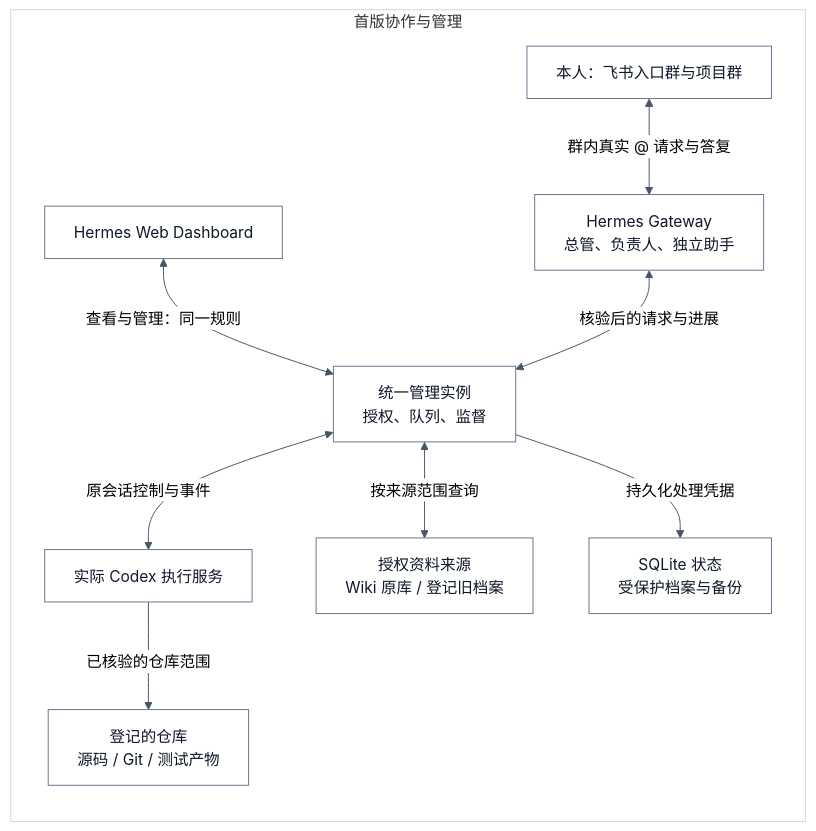
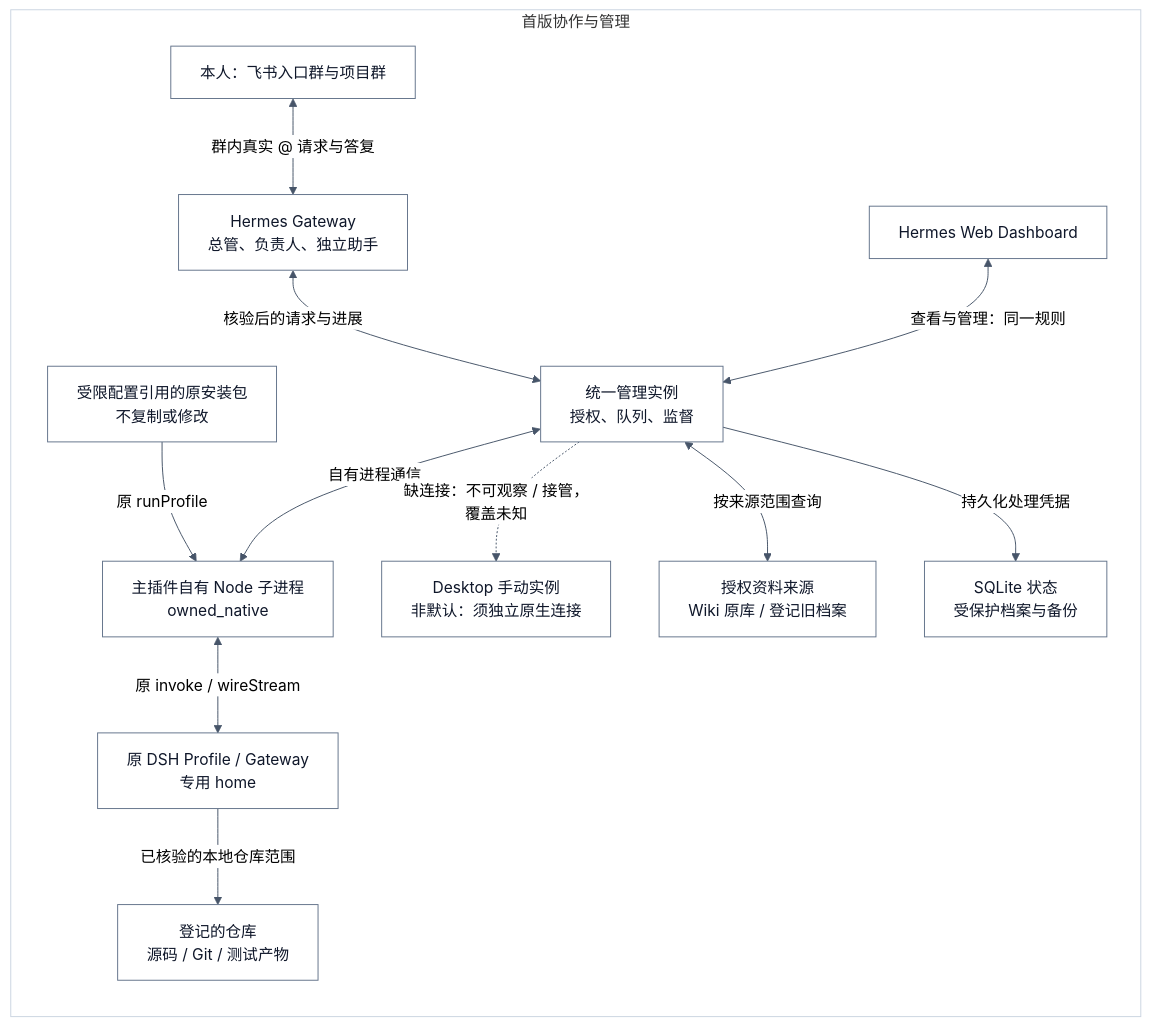
One commit to Ghost233/GhostHermesProjectManagerPlugins changed the diagram in docs/diagrams/hermes-plugin-v1-architecture.mmd. Above: the diagram before and after it, drawn with Mermaid. The commit also changed 122 other files, not shown here.

First line of the commit message:
Replace Codex execution with native DSH integration

```diff
--- a/docs/diagrams/hermes-plugin-v1-architecture.mmd
+++ b/docs/diagrams/hermes-plugin-v1-architecture.mmd
@@ -1,23 +1,29 @@
 %%{init: {"theme": "neutral", "themeVariables": {"fontSize": "16px", "lineColor": "#475569", "edgeLabelBackground": "#ffffff"}}}%%
 flowchart TB
     subgraph System["首版协作与管理"]
         direction TB
         Operator["本人：飞书入口群与项目群"]
         Dashboard["Hermes Web Dashboard"]
         Sources["授权资料来源<br/>Wiki 原库 / 登记旧档案"]
         Gateway["Hermes Gateway<br/>总管、负责人、独立助手"]
         Coordinator["统一管理实例<br/>授权、队列、监督"]
-        Codex["实际 Codex 执行服务"]
+        NativeHost["主插件自有 Node 子进程<br/>owned_native"]
+        DSH["原 DSH Profile / Gateway<br/>专用 home"]
+        Runtime["受限配置引用的原安装包<br/>不复制或修改"]
+        Desktop["Desktop 手动实例<br/>非默认：须独立原生连接"]
         Repos["登记的仓库<br/>源码 / Git / 测试产物"]
         Store["SQLite 状态<br/>受保护档案与备份"]
         Operator <-->|"群内真实 @ 请求与答复"| Gateway
         Dashboard <-->|"查看与管理：同一规则"| Coordinator
         Gateway <-->|"核验后的请求与进展"| Coordinator
-        Coordinator <-->|"原会话控制与事件"| Codex
-        Codex -->|"已核验的仓库范围"| Repos
+        Coordinator <-->|"自有进程通信"| NativeHost
+        NativeHost <-->|"原 invoke / wireStream"| DSH
+        Runtime -->|"原 runProfile"| NativeHost
+        Coordinator -.->|"缺连接：不可观察 / 接管，覆盖未知"| Desktop
+        DSH -->|"已核验的本地仓库范围"| Repos
         Coordinator <-->|"按来源范围查询"| Sources
         Coordinator -->|"持久化处理凭据"| Store
     end
     classDef component fill:#ffffff,stroke:#64748b,color:#0f172a
-    class Operator,Dashboard,Sources,Gateway,Coordinator,Codex,Repos,Store component
+    class Operator,Dashboard,Sources,Gateway,Coordinator,NativeHost,DSH,Runtime,Desktop,Repos,Store component
     style System fill:#ffffff,stroke:#cbd5e1
```
